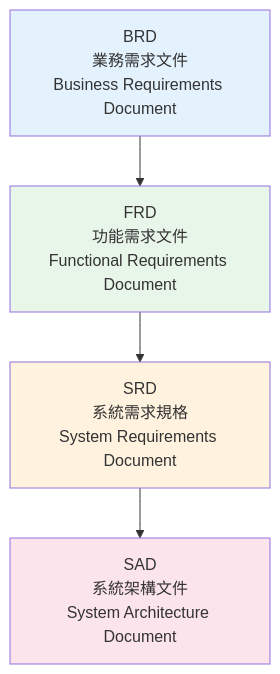
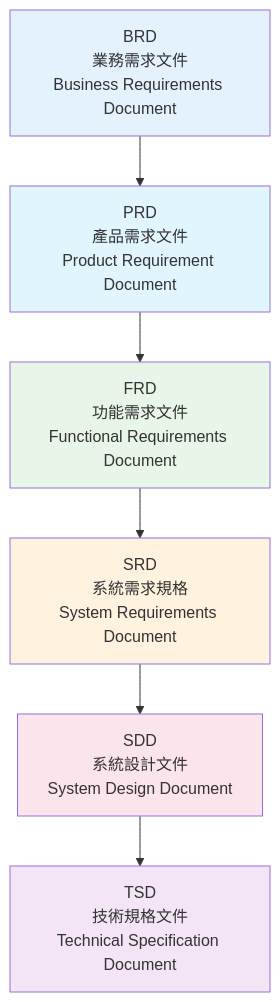
The fifth of 30 diagrams in content/posts/指引/設計開發/軟體開發標準程序（Software Development Standard Process）教學手冊.md (chihhung/Blog), drawn with Mermaid before and after one commit. The commit also changed other lines of this file and 3 other files, not shown here.

Commit message:
feat: 新增 SDD/TSD/PRD 範本文件，更新軟體開發標準程序教學手冊

````diff
--- a/content/posts/指引/設計開發/軟體開發標準程序（Software Development Standard Process）教學手冊.md
+++ b/content/posts/指引/設計開發/軟體開發標準程序（Software Development Standard Process）教學手冊.md
@@ -337,11 +341,15 @@
 ```mermaid
 graph TB
-    BRD[BRD<br/>業務需求文件<br/>Business Requirements Document] --> FRD[FRD<br/>功能需求文件<br/>Functional Requirements Document]
+    BRD[BRD<br/>業務需求文件<br/>Business Requirements Document] --> PRD[PRD<br/>產品需求文件<br/>Product Requirement Document]
+    PRD --> FRD[FRD<br/>功能需求文件<br/>Functional Requirements Document]
     FRD --> SRD[SRD<br/>系統需求規格<br/>System Requirements Document]
-    SRD --> SAD[SAD<br/>系統架構文件<br/>System Architecture Document]
+    SRD --> SDD[SDD<br/>系統設計文件<br/>System Design Document]
+    SDD --> TSD[TSD<br/>技術規格文件<br/>Technical Specification Document]
     
     style BRD fill:#e3f2fd
+    style PRD fill:#e1f5fe
     style FRD fill:#e8f5e9
     style SRD fill:#fff3e0
-    style SAD fill:#fce4ec
+    style SDD fill:#fce4ec
+    style TSD fill:#f3e5f5
 ```
````
